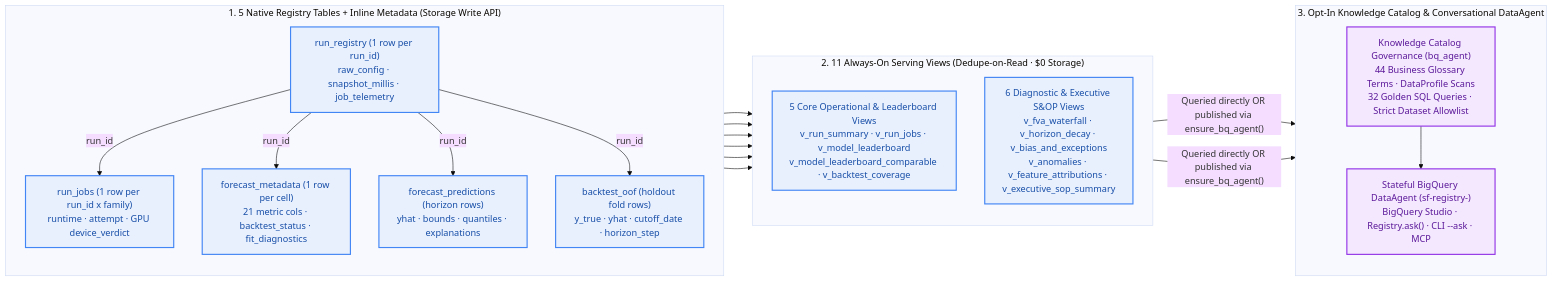
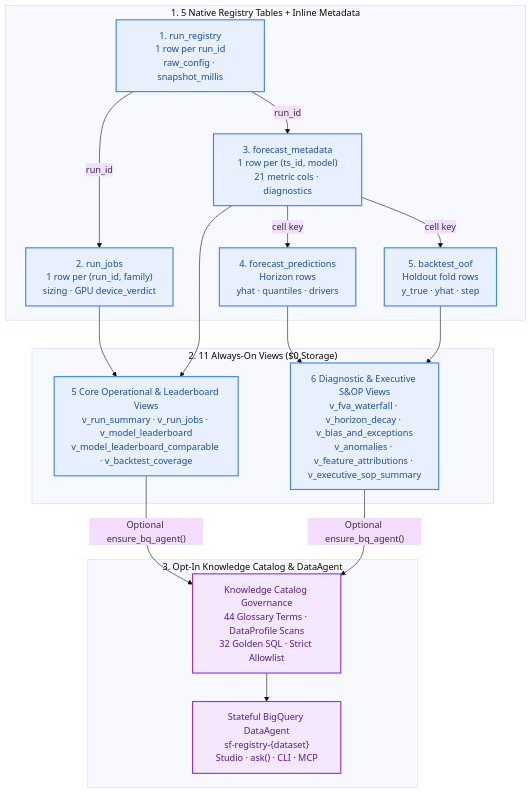
The diagram in docs/output_schemas.md (statmike/scale-forecasting), drawn with Mermaid (base theme) before and after one commit. The commit also changed 14 other files, not shown here.

Commit message:
docs(mermaid): reconfigure wide diagrams to vertical TD layout with concise labels

````diff
--- a/docs/output_schemas.md
+++ b/docs/output_schemas.md
@@ -26,34 +26,32 @@
 ```mermaid
-flowchart LR
-    subgraph Tables["1. 5 Native Registry Tables + Inline Metadata (Storage Write API)"]
-        direction TB
-        RR["run_registry (1 row per run_id)<br/>raw_config · snapshot_millis · job_telemetry"]
-        RJ["run_jobs (1 row per run_id x family)<br/>runtime · attempt · GPU device_verdict"]
-        FM["forecast_metadata (1 row per cell)<br/>21 metric cols · backtest_status · fit_diagnostics"]
-        FP["forecast_predictions (horizon rows)<br/>yhat · bounds · quantiles · explanations"]
-        BO["backtest_oof (holdout fold rows)<br/>y_true · yhat · cutoff_date · horizon_step"]
-        RR -->|"run_id"| RJ & FM & FP & BO
+flowchart TD
+    subgraph Tables["1. 5 Native Registry Tables + Inline Metadata"]
+        RR["1. run_registry<br/>1 row per run_id<br/>raw_config · snapshot_millis"]
+        RJ["2. run_jobs<br/>1 row per (run_id, family)<br/>sizing · GPU device_verdict"]
+        FM["3. forecast_metadata<br/>1 row per (ts_id, model)<br/>21 metric cols · diagnostics"]
+        FP["4. forecast_predictions<br/>Horizon rows<br/>yhat · quantiles · drivers"]
+        BO["5. backtest_oof<br/>Holdout fold rows<br/>y_true · yhat · step"]
+        RR -->|"run_id"| RJ & FM
+        FM -->|"cell key"| FP & BO
     end
 
-    subgraph Views["2. 11 Always-On Serving Views (Dedupe-on-Read · $0 Storage)"]
-        direction TB
+    subgraph Views["2. 11 Always-On Views ($0 Storage)"]
         V5["5 Core Operational & Leaderboard Views<br/>v_run_summary · v_run_jobs · v_model_leaderboard<br/>v_model_leaderboard_comparable · v_backtest_coverage"]
         V6["6 Diagnostic & Executive S&OP Views<br/>v_fva_waterfall · v_horizon_decay · v_bias_and_exceptions<br/>v_anomalies · v_feature_attributions · v_executive_sop_summary"]
     end
 
-    subgraph Semantic["3. Opt-In Knowledge Catalog & Conversational DataAgent"]
-        direction TB
-        KC["Knowledge Catalog Governance (bq_agent)<br/>44 Business Glossary Terms · DataProfile Scans<br/>32 Golden SQL Queries · Strict Dataset Allowlist"]
-        DA["Stateful BigQuery DataAgent (sf-registry-<dataset>)<br/>BigQuery Studio · Registry.ask() · CLI --ask · MCP"]
+    subgraph Semantic["3. Opt-In Knowledge Catalog & DataAgent"]
+        KC["Knowledge Catalog Governance<br/>44 Glossary Terms · DataProfile Scans<br/>32 Golden SQL · Strict Allowlist"]
+        DA["Stateful BigQuery DataAgent<br/>sf-registry-{dataset}<br/>Studio · ask() · CLI · MCP"]
         KC --> DA
     end
 
-    RR & RJ & FM --> V5
-    FM & FP & BO --> V6
-    V5 & V6 -->|"Queried directly OR published via ensure_bq_agent()"| KC
+    RJ & FM --> V5
+    FP & BO --> V6
+    V5 & V6 -->|"Optional ensure_bq_agent()"| KC
 
     classDef data fill:#E8F0FE,stroke:#4285F4,stroke-width:2px,color:#174EA6
     classDef semantic fill:#F3E8FD,stroke:#9334E6,stroke-width:2px,color:#5B1799
     class RR,RJ,FM,FP,BO,V5,V6 data
     class KC,DA semantic
 ```
````
